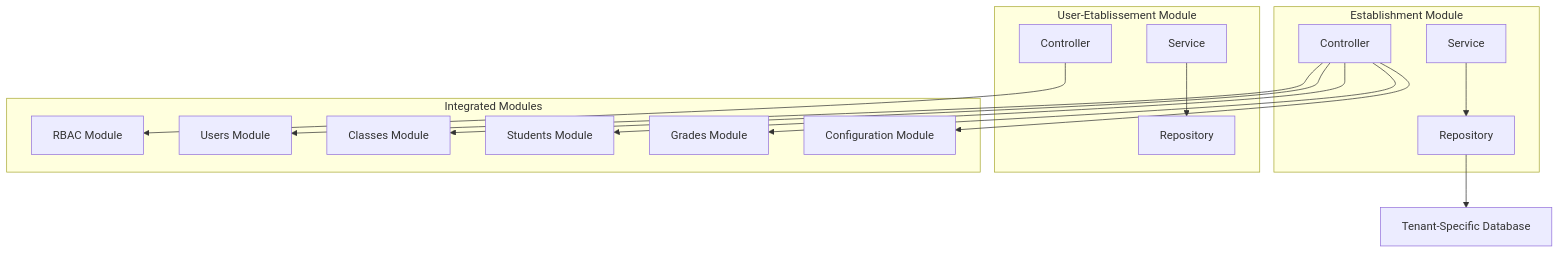
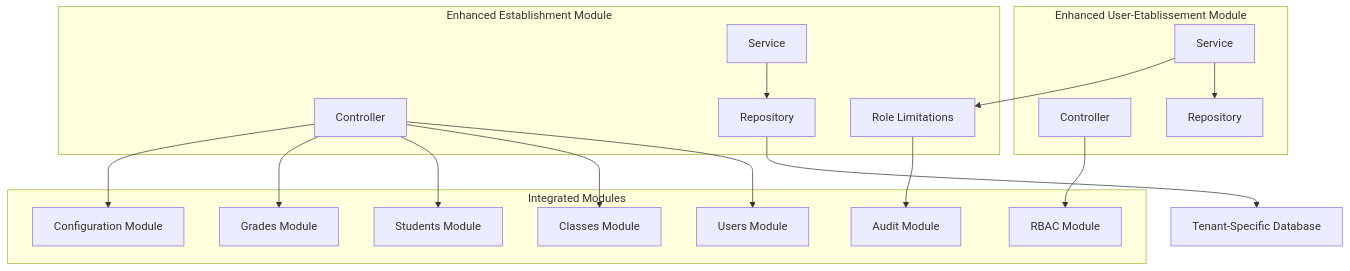
One commit to franckylab/eLISAschool changed diagram 17 of 18 in .qoder/repowiki/en/content/Modules & Features/Administrative Modules/Establishment Management.md. Above: the diagram before and after it, drawn with Mermaid. The commit also changed other lines of this file and 67 other files, not shown here.

````diff
--- a/.qoder/repowiki/en/content/Modules & Features/Administrative Modules/Establishment Management.md
+++ b/.qoder/repowiki/en/content/Modules & Features/Administrative Modules/Establishment Management.md
@@ -699,30 +919,35 @@
 ```mermaid
 graph TB
-subgraph "Establishment Module"
+subgraph "Enhanced Establishment Module"
 Controller["Controller"]
 Service["Service"]
 Repository["Repository"]
+RoleLimitations["Role Limitations"]
 end
-subgraph "User-Etablissement Module"
+subgraph "Enhanced User-Etablissement Module"
 UEController["Controller"]
 UEService["Service"]
 UERepository["Repository"]
+RoleLimitations["Role Limitations"]
 end
 subgraph "Integrated Modules"
 Users["Users Module"]
 Classes["Classes Module"]
 Students["Students Module"]
 Grades["Grades Module"]
 Configuration["Configuration Module"]
 RBAC["RBAC Module"]
+Audit["Audit Module"]
 end
 Controller --> Users
 Controller --> Classes
 Controller --> Students
 Controller --> Grades
 Controller --> Configuration
 UEController --> RBAC
 UEService --> UERepository
+UEService --> RoleLimitations
 Service --> Repository
 Repository --> Database["Tenant-Specific Database"]
+RoleLimitations --> Audit
 ```
````
